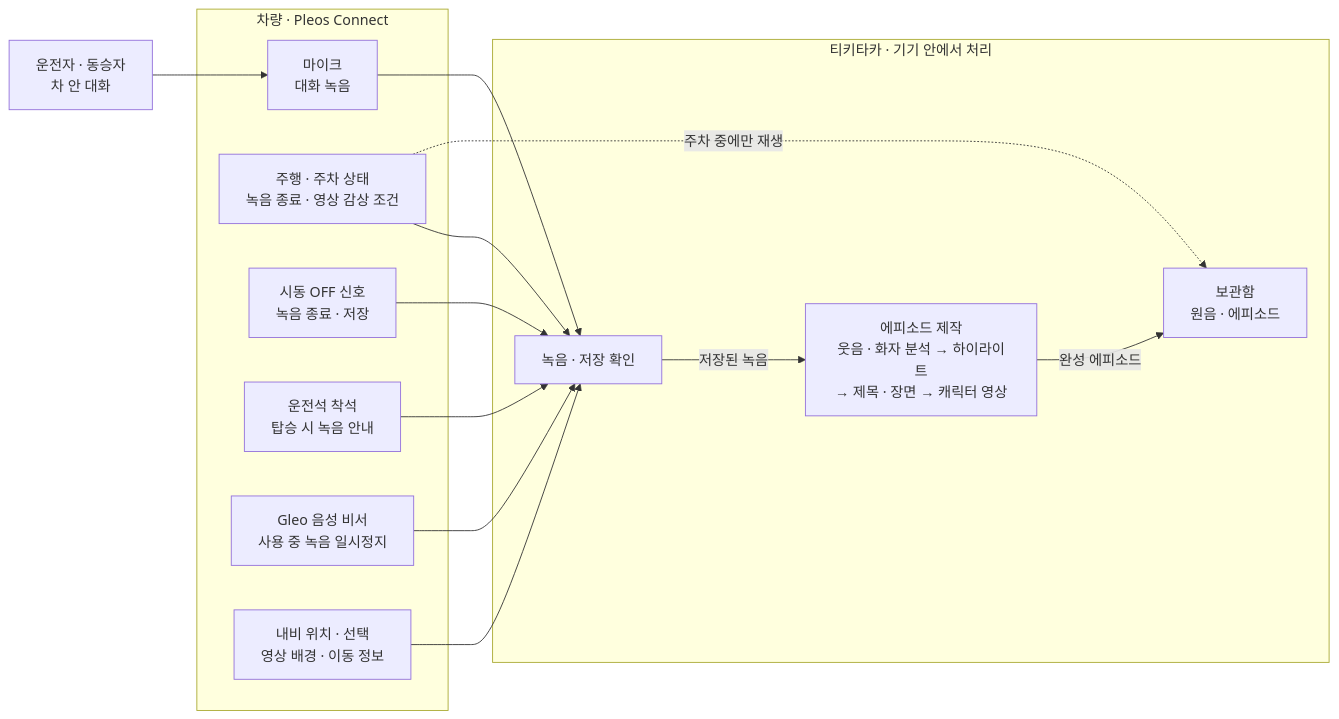
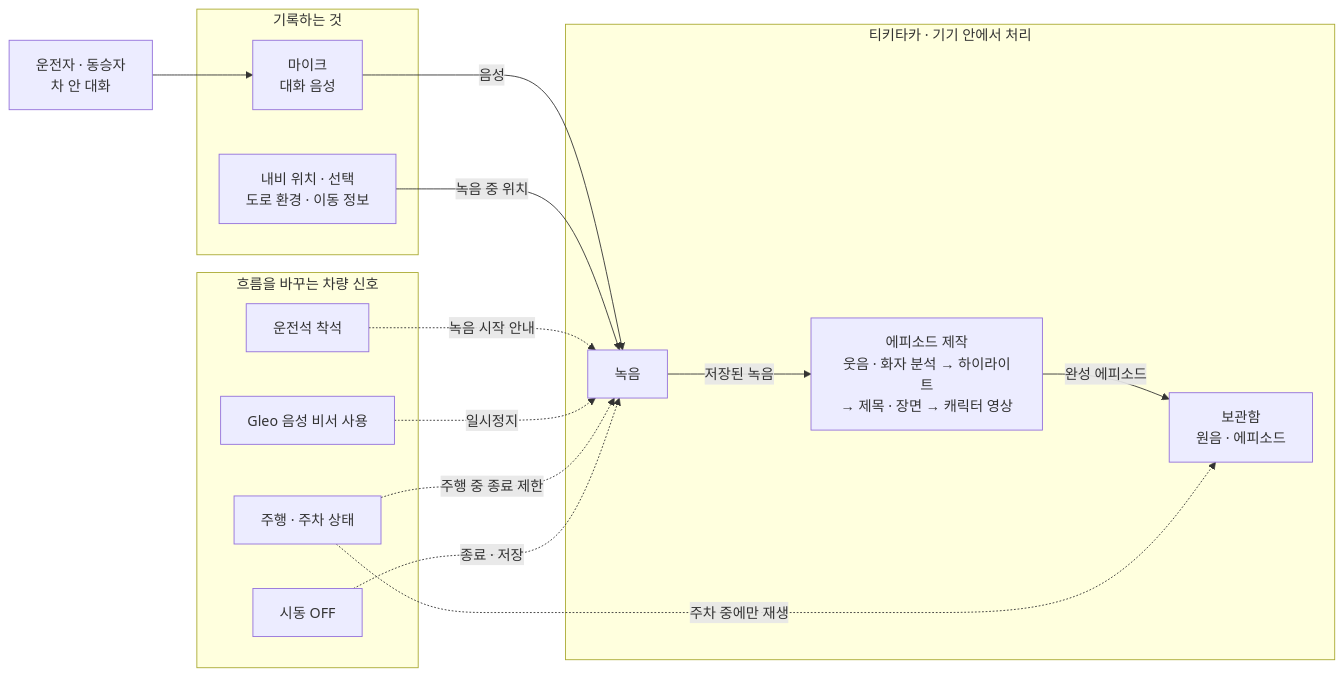
Before and after one commit to Controllls/tikitaka: the diagram in README.md, drawn with Mermaid. The commit also changed other lines of this file, not shown here.

Commit message:
docs: separate recorded sources from vehicle signals in the diagram

````diff
--- a/README.md
+++ b/README.md
@@ -61,28 +61,33 @@
 ```mermaid
 flowchart LR
     talk["운전자 · 동승자<br/>차 안 대화"]
 
-    subgraph car["차량 · Pleos Connect"]
-        mic["마이크<br/>대화 녹음"]
-        drive["주행 · 주차 상태<br/>녹음 종료 · 영상 감상 조건"]
-        ignition["시동 OFF 신호<br/>녹음 종료 · 저장"]
-        seat["운전석 착석<br/>탑승 시 녹음 안내"]
-        gleo["Gleo 음성 비서<br/>사용 중 녹음 일시정지"]
-        navi["내비 위치 · 선택<br/>영상 배경 · 이동 정보"]
+    subgraph source["기록하는 것"]
+        mic["마이크<br/>대화 음성"]
+        navi["내비 위치 · 선택<br/>도로 환경 · 이동 정보"]
+    end
+
+    subgraph signal["흐름을 바꾸는 차량 신호"]
+        seat["운전석 착석"]
+        gleo["Gleo 음성 비서 사용"]
+        drive["주행 · 주차 상태"]
+        ignition["시동 OFF"]
     end
 
     subgraph app["티키타카 · 기기 안에서 처리"]
-        record["녹음 · 저장 확인"]
+        record["녹음"]
         make["에피소드 제작<br/>웃음 · 화자 분석 → 하이라이트<br/>→ 제목 · 장면 → 캐릭터 영상"]
         library["보관함<br/>원음 · 에피소드"]
     end
 
-    talk --> mic --> record
-    drive --> record
-    ignition --> record
-    seat --> record
-    gleo --> record
-    navi --> record
+    talk --> mic
+    mic -- "음성" --> record
+    navi -- "녹음 중 위치" --> record
     record -- "저장된 녹음" --> make -- "완성 에피소드" --> library
+
+    seat -. "녹음 시작 안내" .-> record
+    gleo -. "일시정지" .-> record
+    drive -. "주행 중 종료 제한" .-> record
+    ignition -. "종료 · 저장" .-> record
     drive -. "주차 중에만 재생" .-> library
 ```
````
